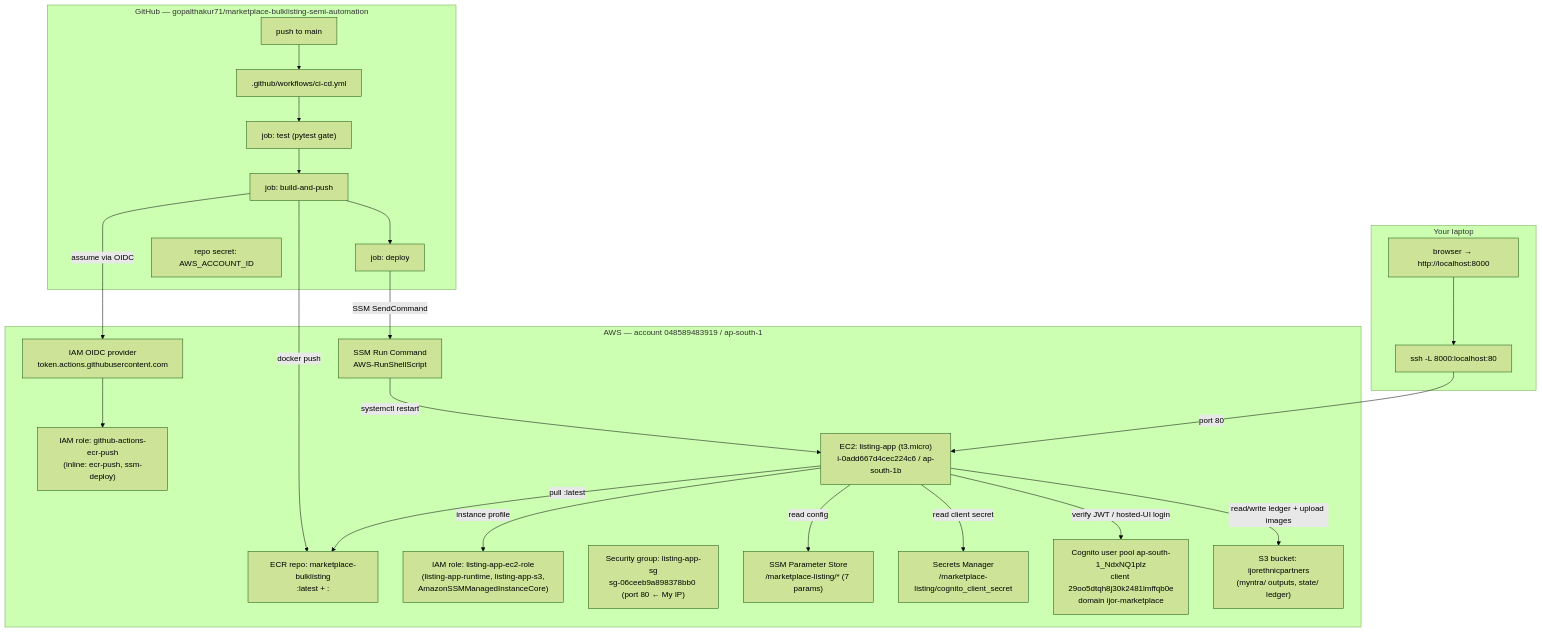
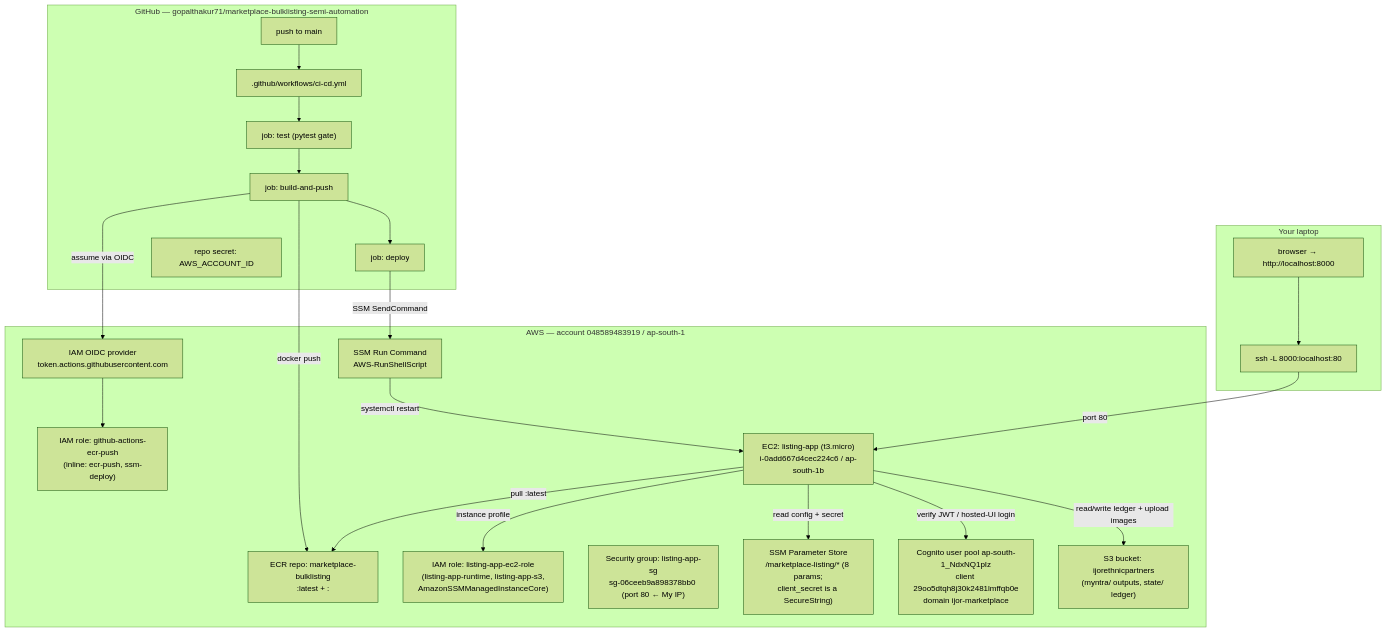
One commit to gopalthakur71/marketplace-bulklisting-semi-automation changed the diagram in docs/infra-resources.md. Above: the diagram before and after it, drawn with Mermaid (forest theme). The commit also changed other lines of this file and 7 other files, not shown here.

First line of the commit message:
refactor(config): move Cognito client secret to SSM SecureString, drop Secrets Manager

````diff
--- a/docs/infra-resources.md
+++ b/docs/infra-resources.md
@@ -10,40 +10,38 @@
 ```mermaid
 flowchart TB
     subgraph GH["GitHub — gopalthakur71/marketplace-bulklisting-semi-automation"]
         push["push to main"] --> wf[".github/workflows/ci-cd.yml"]
         wf --> jTest["job: test (pytest gate)"]
         jTest --> jBuild["job: build-and-push"]
         jBuild --> jDeploy["job: deploy"]
         sec["repo secret: AWS_ACCOUNT_ID"]
     end
 
     subgraph AWS["AWS — account 048589483919 / ap-south-1"]
         oidc["IAM OIDC provider\ntoken.actions.githubusercontent.com"]
         roleGH["IAM role: github-actions-ecr-push\n(inline: ecr-push, ssm-deploy)"]
         ecr["ECR repo: marketplace-bulklisting\n:latest + :<sha>"]
         ec2["EC2: listing-app (t3.micro)\ni-0add667d4cec224c6 / ap-south-1b"]
         roleEC2["IAM role: listing-app-ec2-role\n(listing-app-runtime, listing-app-s3,\nAmazonSSMManagedInstanceCore)"]
         sg["Security group: listing-app-sg\nsg-06ceeb9a898378bb0 (port 80 ← My IP)"]
-        ssm["SSM Parameter Store\n/marketplace-listing/* (7 params)"]
-        secret["Secrets Manager\n/marketplace-listing/cognito_client_secret"]
+        ssm["SSM Parameter Store\n/marketplace-listing/* (8 params;\nclient_secret is a SecureString)"]
         cog["Cognito user pool ap-south-1_NdxNQ1pIz\nclient 29oo5dtqh8j30k2481lmffqb0e\ndomain ijor-marketplace"]
         s3["S3 bucket: ijorethnicpartners\n(myntra/ outputs, state/ ledger)"]
         ssmDoc["SSM Run Command\nAWS-RunShellScript"]
     end
 
     jBuild -->|assume via OIDC| oidc --> roleGH
     jBuild -->|docker push| ecr
     jDeploy -->|SSM SendCommand| ssmDoc -->|systemctl restart| ec2
     ec2 -->|instance profile| roleEC2
     ec2 -->|pull :latest| ecr
-    ec2 -->|read config| ssm
-    ec2 -->|read client secret| secret
+    ec2 -->|read config + secret| ssm
     ec2 -->|verify JWT / hosted-UI login| cog
     ec2 -->|read/write ledger + upload images| s3
 
     subgraph LOCAL["Your laptop"]
         tunnel["ssh -L 8000:localhost:80"]
         browser["browser → http://localhost:8000"]
     end
     browser --> tunnel -->|port 80| ec2
 ```
````
